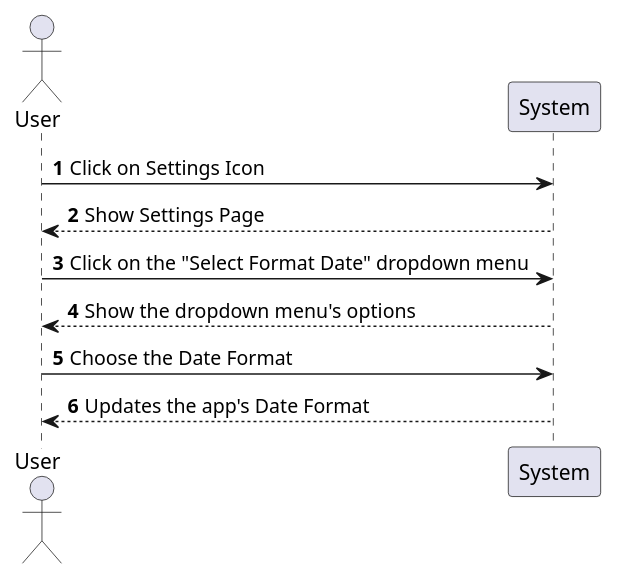
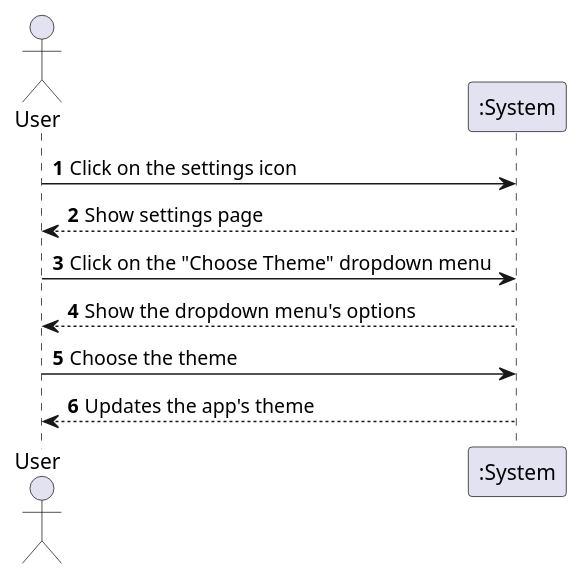
One commit to VitorHTeixeira/DSSMV_ProjectDroid_1232067_1241131_1241008 changed the diagram in UMLs/UC_SSD/uml/UCSS_UCSSD/UCSS2_UCSSD.puml. Above: the diagram before and after it, drawn with PlantUML. The commit also changed 32 other files, not shown here.

```diff
--- a/UMLs/UC_SSD/uml/UCSS_UCSSD/UCSS2_UCSSD.puml
+++ b/UMLs/UC_SSD/uml/UCSS_UCSSD/UCSS2_UCSSD.puml
@@ -1,18 +1,18 @@
 @startuml
 'https://plantuml.com/sequence-diagram
 
 autonumber
 
-Actor "User" as user
-participant "System" as sys
+actor "User" as user
+participant ":System" as sys
 
-user -> sys : Click on Settings Icon
-user <-- sys : Show Settings Page
+user -> sys: Click on the settings icon
+user <-- sys: Show settings page
 
-user -> sys : Click on the "Select Format Date" dropdown menu
-user <-- sys : Show the dropdown menu's options
+user -> sys: Click on the "Choose Theme" dropdown menu
+user <-- sys: Show the dropdown menu's options
 
-user -> sys : Choose the Date Format
-user <-- sys : Updates the app's Date Format
+user -> sys: Choose the theme
+user <-- sys: Updates the app's theme
 
 @enduml
```
